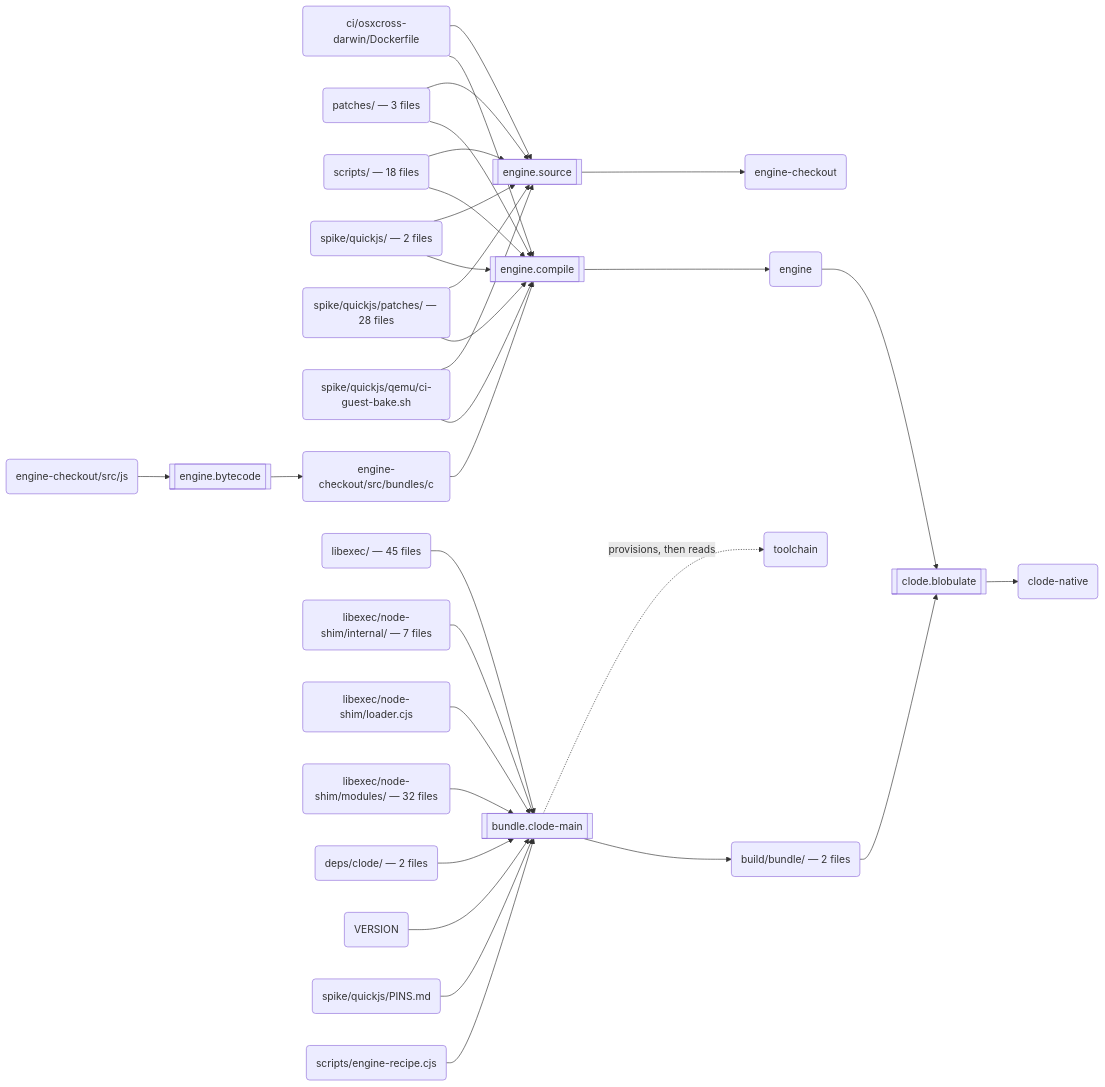
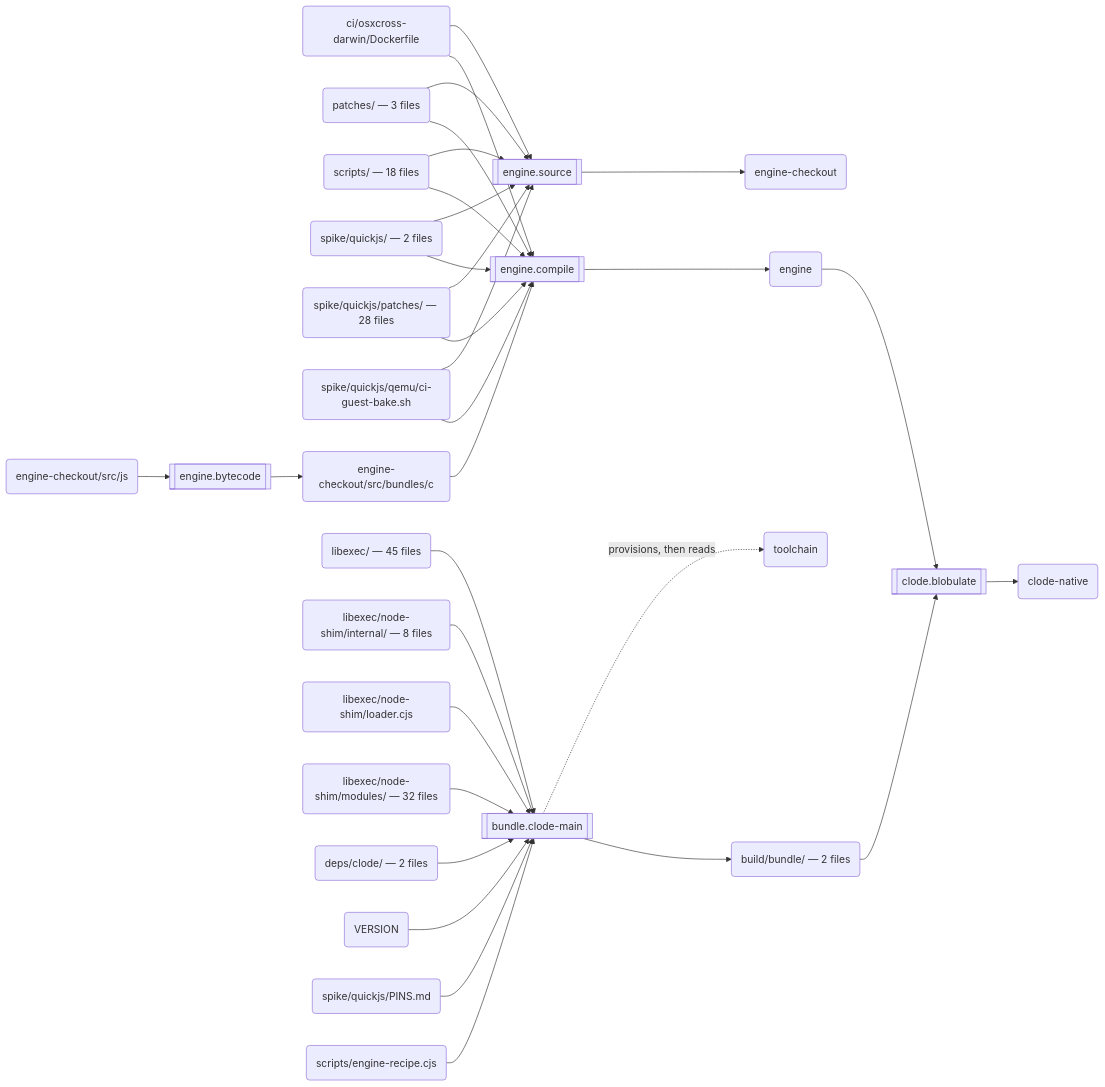
Before and after one commit to schmonz/clode: the second of 3 diagrams in docs/build.md, drawn with Mermaid. The commit also changed 4 other files, not shown here.

````diff
--- a/docs/build.md
+++ b/docs/build.md
@@ -123,59 +123,59 @@
 ```mermaid
 flowchart LR
   s0[["engine.source"]]
   a0("ci/osxcross-darwin/Dockerfile")
   a1("patches/ — 3 files")
   a2("scripts/ — 18 files")
   a3("spike/quickjs/ — 2 files")
   a4("spike/quickjs/patches/ — 28 files")
   a5("spike/quickjs/qemu/ci-guest-bake.sh")
   a6("engine-checkout")
   s1[["engine.bytecode"]]
   a7("engine-checkout/src/js")
   a8("engine-checkout/src/bundles/c")
   s2[["engine.compile"]]
   a9("engine")
   s3[["bundle.clode-main"]]
   a10("libexec/ — 45 files")
-  a11("libexec/node-shim/internal/ — 7 files")
+  a11("libexec/node-shim/internal/ — 8 files")
   a12("libexec/node-shim/loader.cjs")
   a13("libexec/node-shim/modules/ — 32 files")
   a14("deps/clode/ — 2 files")
   a15("VERSION")
   a16("spike/quickjs/PINS.md")
   a17("scripts/engine-recipe.cjs")
   a18("toolchain")
   a19("build/bundle/ — 2 files")
   s4[["clode.blobulate"]]
   a20("clode-native")
   a0 --> s0
   a1 --> s0
   a2 --> s0
   a3 --> s0
   a4 --> s0
   a5 --> s0
   s0 --> a6
   a7 --> s1
   s1 --> a8
   a8 --> s2
   a0 --> s2
   a1 --> s2
   a2 --> s2
   a3 --> s2
   a4 --> s2
   a5 --> s2
   s2 --> a9
   a10 --> s3
   a11 --> s3
   a12 --> s3
   a13 --> s3
   a14 --> s3
   a15 --> s3
   a16 --> s3
   a17 --> s3
   s3 -.->|"provisions, then reads"| a18
   s3 --> a19
   a9 --> s4
   a19 --> s4
   s4 --> a20
 ```
````
